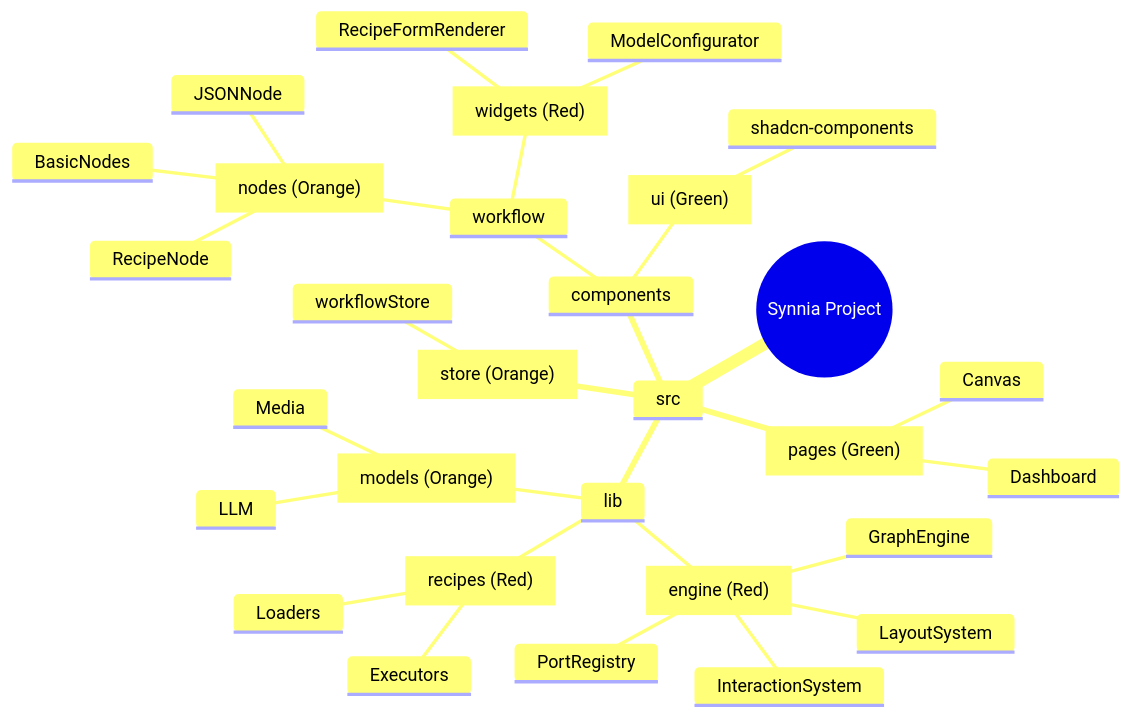
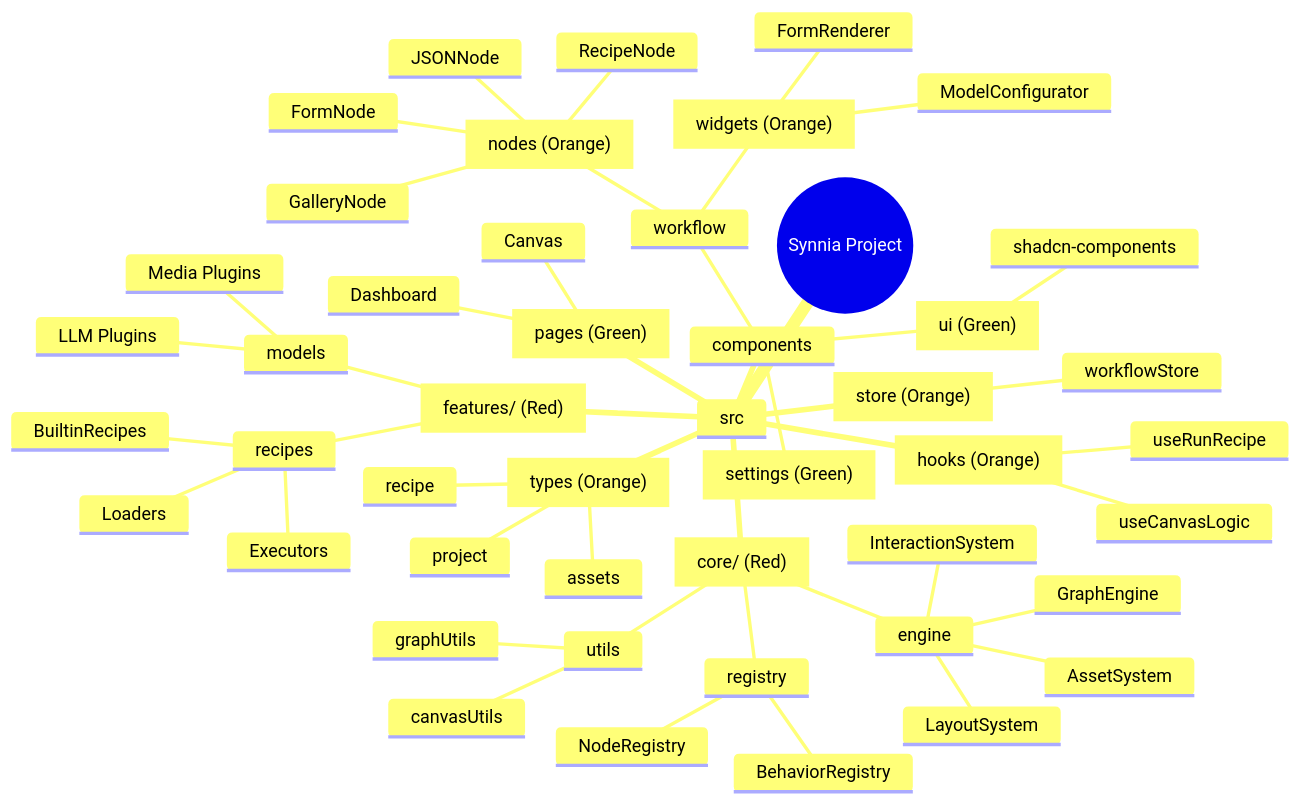
Before and after one commit to l1veIn/Synnia: the second of 4 diagrams in docs/complexity_diagrams.md, drawn with Mermaid. The commit also changed other lines of this file and 18 other files, not shown here.

First line of the commit message:
docs: update architecture diagrams for new structure

````diff
--- a/docs/complexity_diagrams.md
+++ b/docs/complexity_diagrams.md
@@ -22,36 +22,50 @@
 ```mermaid
 mindmap
   root((Synnia Project))
     src
-      lib
-        engine["engine (Red)"]
-            ::icon(fa fa-cogs)
+      core["core/ (Red)"]
+        engine
             GraphEngine
             LayoutSystem
             InteractionSystem
-            PortRegistry
-        recipes["recipes (Red)"]
-            ::icon(fa fa-scroll)
+            AssetSystem
+        registry
+            NodeRegistry
+            BehaviorRegistry
+        utils
+            graphUtils
+            canvasUtils
+      features["features/ (Red)"]
+        recipes
             Executors
             Loaders
-        models["models (Orange)"]
-            LLM
-            Media
+            BuiltinRecipes
+        models
+            LLM Plugins
+            Media Plugins
       components
         workflow
             nodes["nodes (Orange)"]
                 RecipeNode
                 JSONNode
-                BasicNodes
-            widgets["widgets (Red)"]
-                ::icon(fa fa-sliders-h)
-                RecipeFormRenderer
+                FormNode
+                GalleryNode
+            widgets["widgets (Orange)"]
+                FormRenderer
                 ModelConfigurator
         ui["ui (Green)"]
             shadcn-components
+        settings["settings (Green)"]
       store["store (Orange)"]
         workflowStore
+      hooks["hooks (Orange)"]
+        useRunRecipe
+        useCanvasLogic
+      types["types (Orange)"]
+        assets
+        project
+        recipe
       pages["pages (Green)"]
         Canvas
         Dashboard
 ```
````
